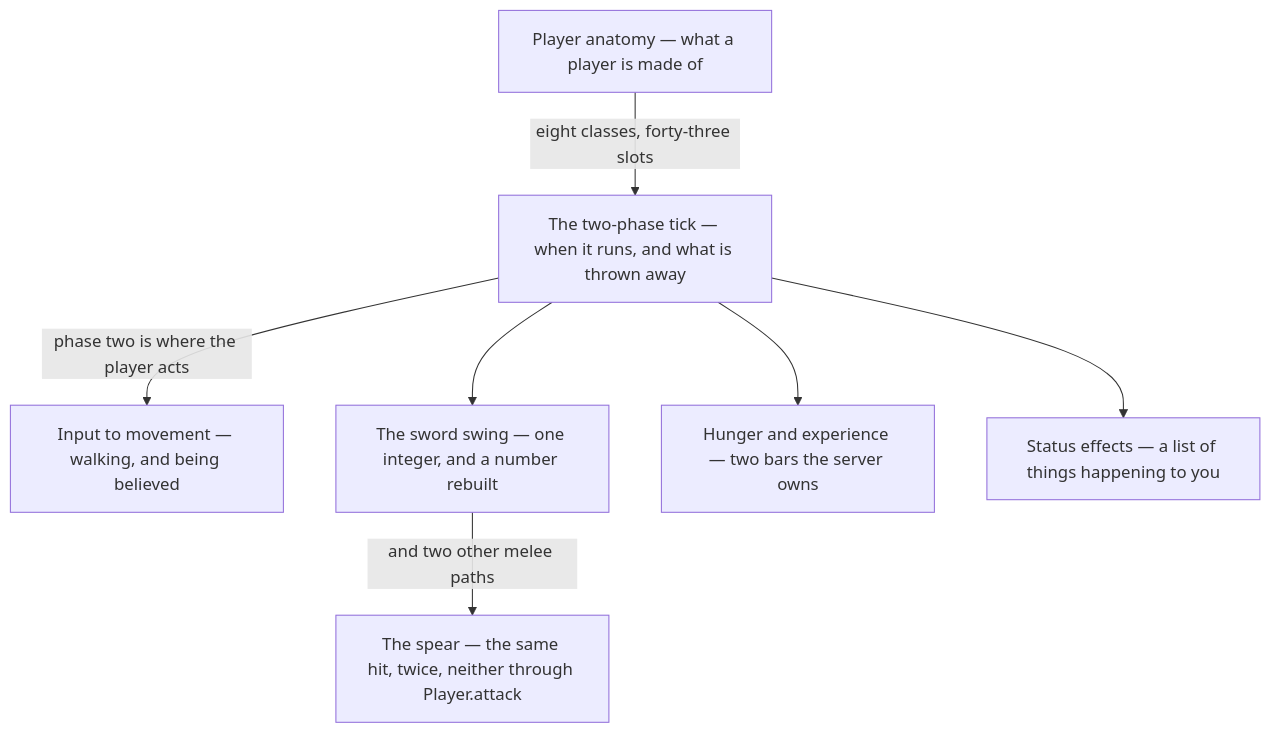
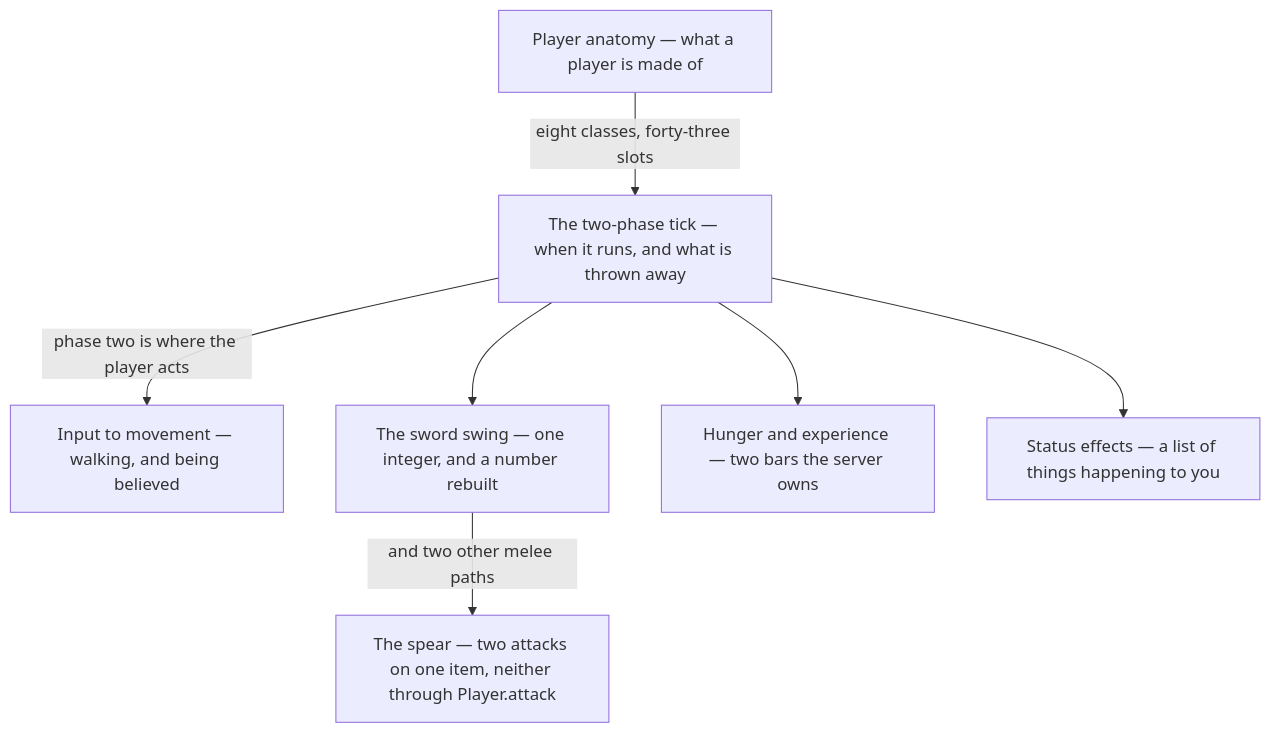
The diagram in src/systems/player/README.md (AlexanderjFraser/MinecraftDocs), drawn with Mermaid before and after one commit. The commit also changed other lines of this file and 24 other files, not shown here.

````diff
--- a/src/systems/player/README.md
+++ b/src/systems/player/README.md
@@ -23,16 +25,16 @@
 ```mermaid
 flowchart TD
     PA["Player anatomy — what a player is made of"]
     TT["The two-phase tick — when it runs, and what is thrown away"]
     IM["Input to movement — walking, and being believed"]
     SS["The sword swing — one integer, and a number rebuilt"]
-    SP["The spear — the same hit, twice, neither through Player.attack"]
+    SP["The spear — two attacks on one item, neither through Player.attack"]
     HE["Hunger and experience — two bars the server owns"]
     SE["Status effects — a list of things happening to you"]
     PA -- "eight classes, forty-three slots" --> TT
     TT -- "phase two is where the player acts" --> IM
     TT --> SS
     TT --> HE
     TT --> SE
     SS -- "and two other melee paths" --> SP
 ```
````
